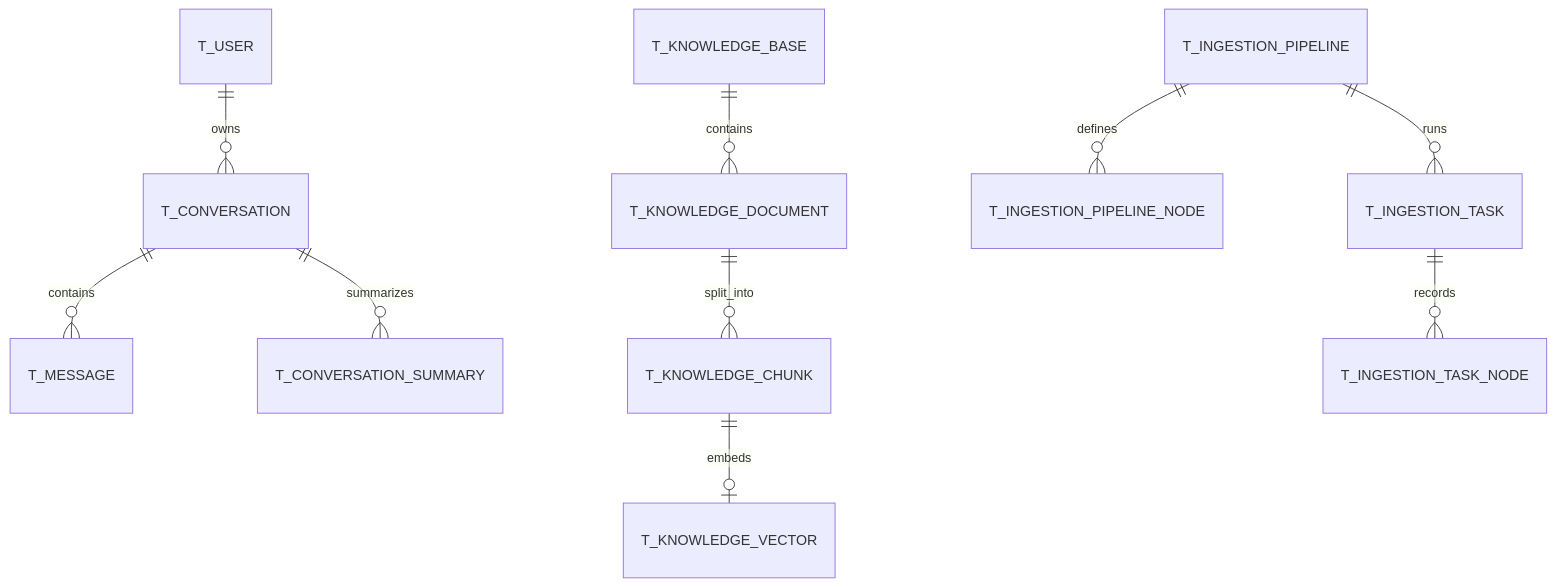
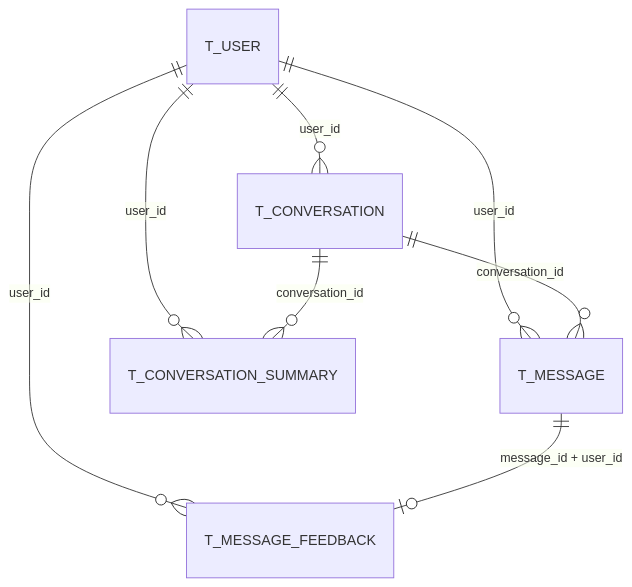
Before and after one commit to Purpose-C/ragent: the first of 4 diagrams in docs/learning-notes/05-数据库与核心表结构.md, drawn with Mermaid. The commit also changed other lines of this file and 19 other files, not shown here.

````diff
--- a/docs/learning-notes/05-数据库与核心表结构.md
+++ b/docs/learning-notes/05-数据库与核心表结构.md
@@ -30,12 +269,10 @@
 ```mermaid
 erDiagram
-    T_USER ||--o{ T_CONVERSATION : owns
-    T_CONVERSATION ||--o{ T_MESSAGE : contains
-    T_CONVERSATION ||--o{ T_CONVERSATION_SUMMARY : summarizes
-    T_KNOWLEDGE_BASE ||--o{ T_KNOWLEDGE_DOCUMENT : contains
-    T_KNOWLEDGE_DOCUMENT ||--o{ T_KNOWLEDGE_CHUNK : split_into
-    T_KNOWLEDGE_CHUNK ||--o| T_KNOWLEDGE_VECTOR : embeds
-    T_INGESTION_PIPELINE ||--o{ T_INGESTION_PIPELINE_NODE : defines
-    T_INGESTION_PIPELINE ||--o{ T_INGESTION_TASK : runs
-    T_INGESTION_TASK ||--o{ T_INGESTION_TASK_NODE : records
+    T_USER ||--o{ T_CONVERSATION : "user_id"
+    T_USER ||--o{ T_MESSAGE : "user_id"
+    T_USER ||--o{ T_CONVERSATION_SUMMARY : "user_id"
+    T_USER ||--o{ T_MESSAGE_FEEDBACK : "user_id"
+    T_CONVERSATION ||--o{ T_MESSAGE : "conversation_id"
+    T_CONVERSATION ||--o{ T_CONVERSATION_SUMMARY : "conversation_id"
+    T_MESSAGE ||--o| T_MESSAGE_FEEDBACK : "message_id + user_id"
 ```
````
